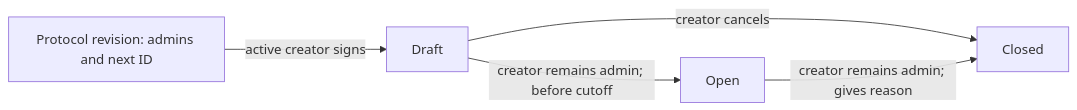
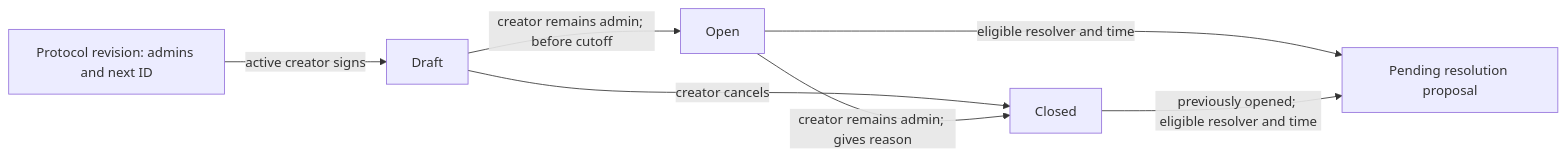
Before and after one commit to kunal171/outcomia-canton: the diagram in docs/binary-market-lifecycle.md, drawn with Mermaid. The commit also changed other lines of this file and 6 other files, not shown here.

Commit message:
docs: define resolution proposal boundaries and remaining finalization

````diff
--- a/docs/binary-market-lifecycle.md
+++ b/docs/binary-market-lifecycle.md
@@ -12,7 +13,9 @@
 ```mermaid
 flowchart LR
   Protocol[Protocol revision: admins and next ID] -->|active creator signs| Draft
   Draft -->|creator remains admin; before cutoff| Open
   Draft -->|creator cancels| Closed
   Open -->|creator remains admin; gives reason| Closed
+  Open -->|eligible resolver and time| Proposal[Pending resolution proposal]
+  Closed -->|previously opened; eligible resolver and time| Proposal
 ```
````
